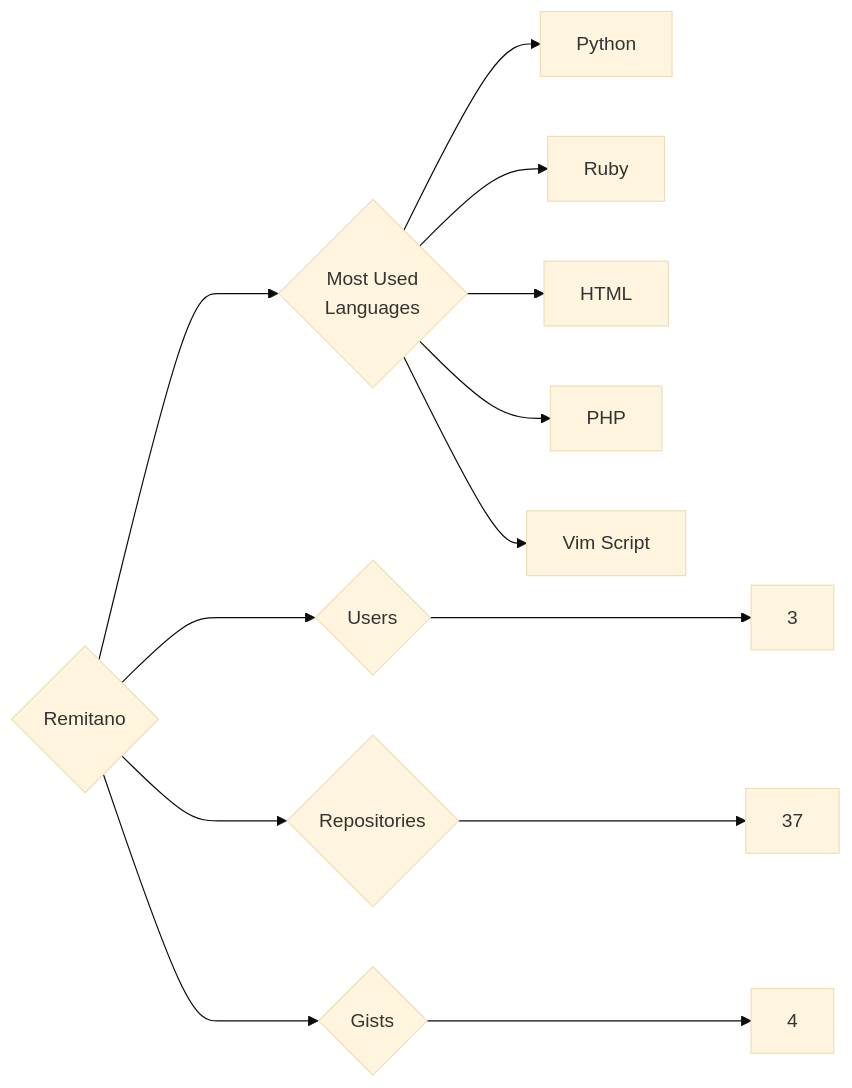
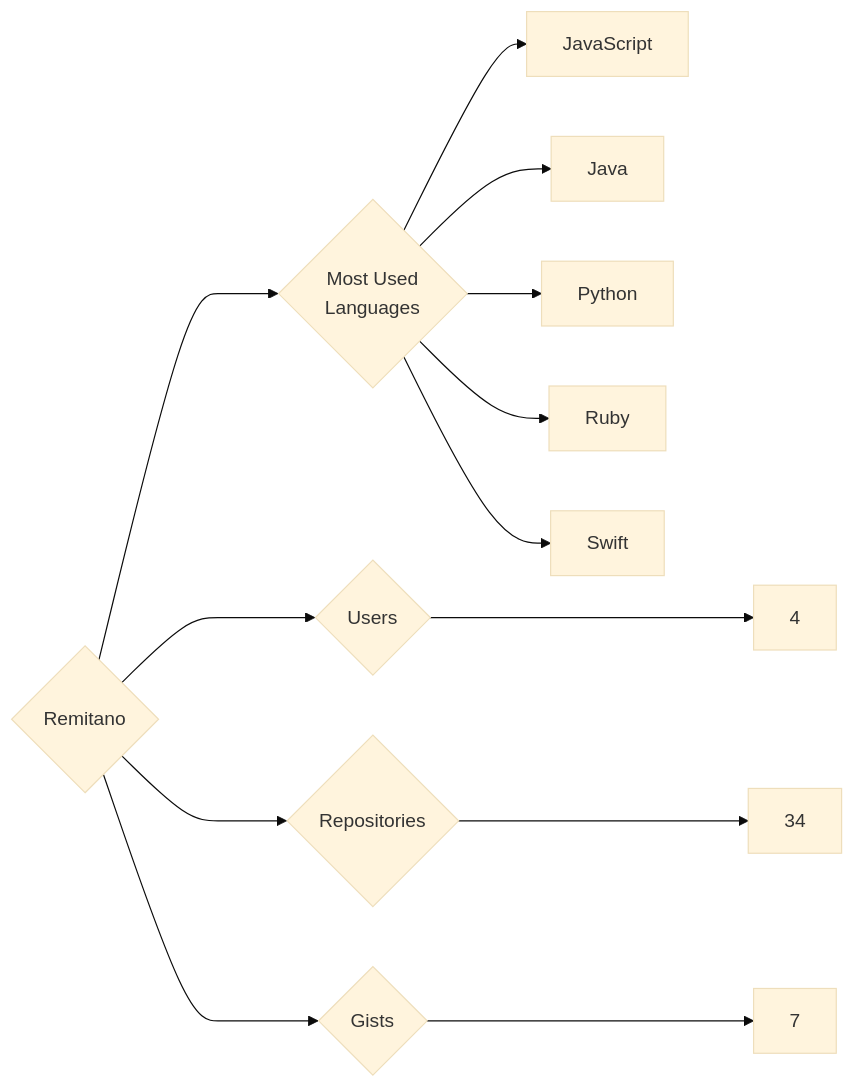
Before and after one commit to trickest/insiders: the diagram in targets/Remitano/README.md, drawn with Mermaid (base theme). The commit also changed 871 other files, not shown here.

````diff
--- a/targets/Remitano/README.md
+++ b/targets/Remitano/README.md
@@ -3,13 +3,13 @@
 ```mermaid
 graph LR
 COMPANY_NAME{Remitano}
-COMPANY_NAME ---> U{Users} ---> UN[3]
-COMPANY_NAME ---> R{Repositories} ---> RN[37]
-COMPANY_NAME ---> G{Gists} ---> GN[4]
+COMPANY_NAME ---> U{Users} ---> UN[4]
+COMPANY_NAME ---> R{Repositories} ---> RN[34]
+COMPANY_NAME ---> G{Gists} ---> GN[7]
 COMPANY_NAME ---> ML{Most Used<br>Languages}
+ML --> JavaScript[JavaScript]
+ML --> Java[Java]
 ML --> Python[Python]
 ML --> Ruby[Ruby]
-ML --> HTML[HTML]
-ML --> PHP[PHP]
-ML --> Vim_Script[Vim Script]
+ML --> Swift[Swift]
 ```
````
